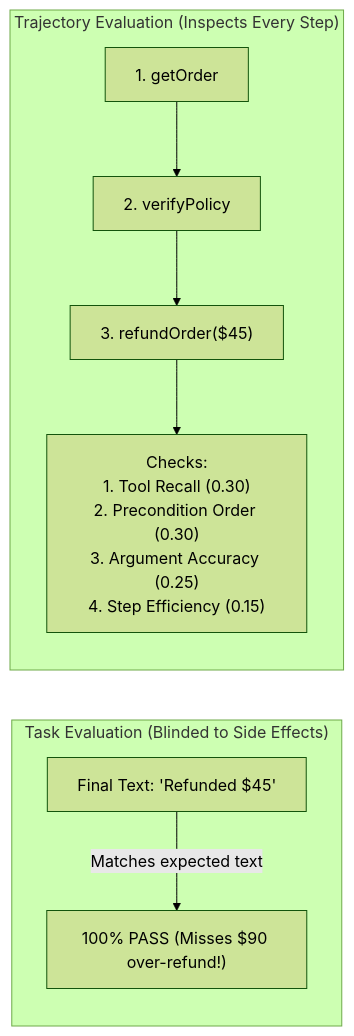
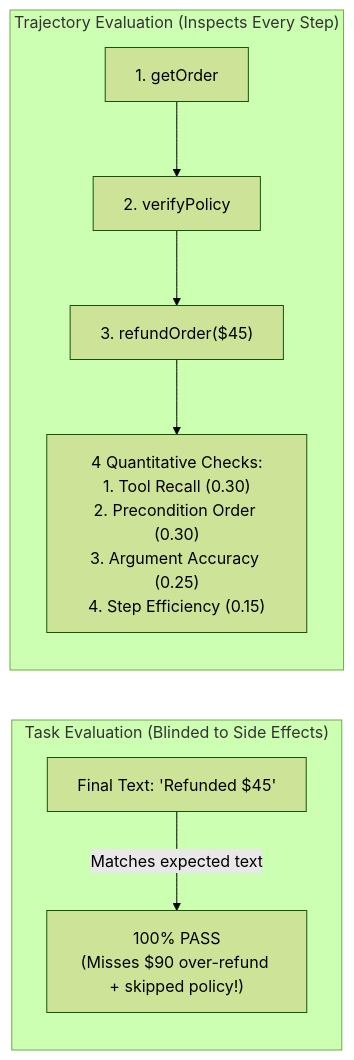
One commit to Amie-dev/FDE-and-GenAI-Mastery changed the first of 2 diagrams in Lecture 42 - Neuro-Symbolic Verification Z3 and GEPA/notes/01_Task_Evaluation_vs_Trajectory_Evaluation.md. Above: the diagram before and after it, drawn with Mermaid (forest theme). The commit also changed other lines of this file and 92 other files, not shown here.

````diff
--- a/Lecture 42 - Neuro-Symbolic Verification Z3 and GEPA/notes/01_Task_Evaluation_vs_Trajectory_Evaluation.md
+++ b/Lecture 42 - Neuro-Symbolic Verification Z3 and GEPA/notes/01_Task_Evaluation_vs_Trajectory_Evaluation.md
@@ -44,10 +51,10 @@
 ```mermaid
 flowchart LR
     subgraph TaskEval["Task Evaluation (Blinded to Side Effects)"]
-        F["Final Text: 'Refunded $45'"] -->|"Matches expected text"| Pass["100% PASS (Misses $90 over-refund!)"]
+        F["Final Text: 'Refunded $45'"] -->|"Matches expected text"| Pass["100% PASS<br/>(Misses $90 over-refund + skipped policy!)"]
     end
     subgraph TrajEval["Trajectory Evaluation (Inspects Every Step)"]
         S1["1. getOrder"] --> S2["2. verifyPolicy"] --> S3["3. refundOrder($45)"]
-        S3 --> Check["Checks:<br/>1. Tool Recall (0.30)<br/>2. Precondition Order (0.30)<br/>3. Argument Accuracy (0.25)<br/>4. Step Efficiency (0.15)"]
+        S3 --> Check["4 Quantitative Checks:<br/>1. Tool Recall (0.30)<br/>2. Precondition Order (0.30)<br/>3. Argument Accuracy (0.25)<br/>4. Step Efficiency (0.15)"]
     end
 ```
````
